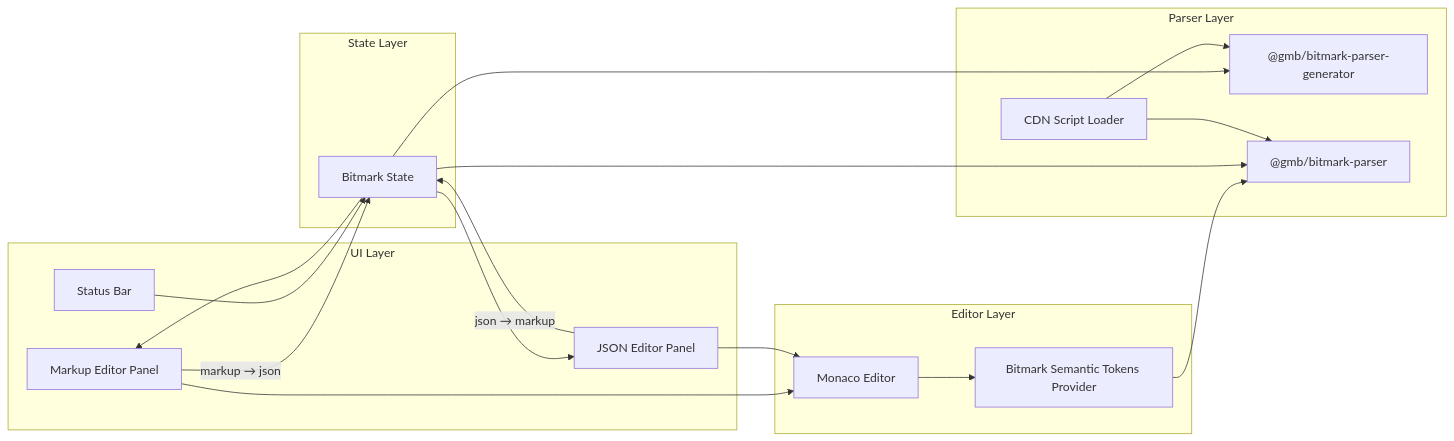
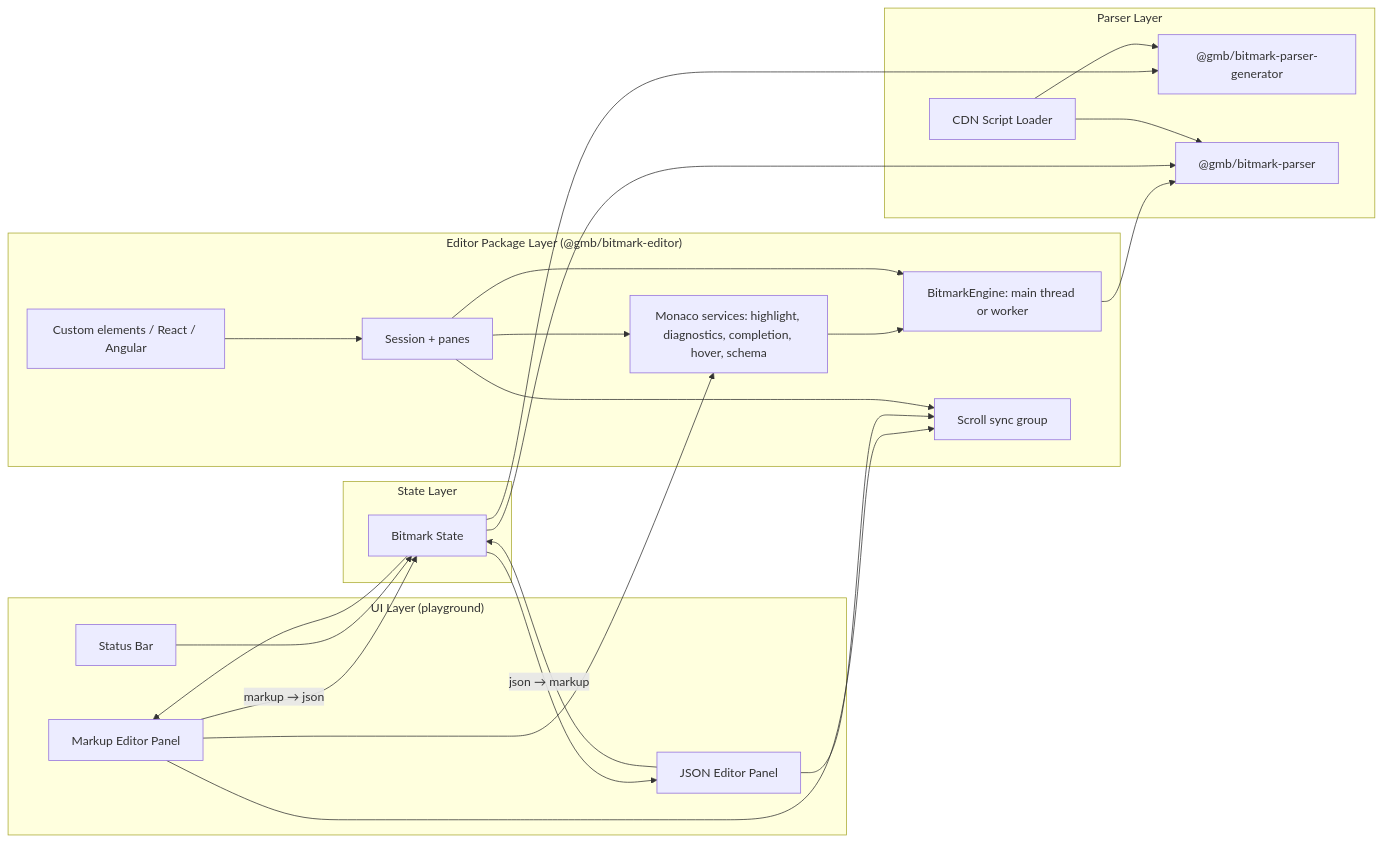
One commit to getMoreBrain/bitmark-playground changed the first of 3 diagrams in .awa/specs/ARCHITECTURE.md. Above: the diagram before and after it, drawn with Mermaid. The commit also changed other lines of this file and 13 other files, not shown here.

Commit message:
docs: package README, ARCHITECTURE update, TypeDoc, hand-off briefs and upstream note (PLAN-021)

````diff
--- a/.awa/specs/ARCHITECTURE.md
+++ b/.awa/specs/ARCHITECTURE.md
@@ -29,37 +33,45 @@
 ```mermaid
 flowchart LR
-    subgraph UI["UI Layer"]
+    subgraph UI["UI Layer (playground)"]
         MarkupEditor[Markup Editor Panel]
         JsonEditor[JSON Editor Panel]
         StatusBar[Status Bar]
     end
 
-    subgraph Editor["Editor Layer"]
-        Monaco[Monaco Editor]
-        SemTokens[Bitmark Semantic Tokens Provider]
+    subgraph Package["Editor Package Layer (@gmb/bitmark-editor)"]
+        Engine[BitmarkEngine: main thread or worker]
+        Services[Monaco services: highlight, diagnostics, completion, hover, schema]
+        Session[Session + panes]
+        Scroll[Scroll sync group]
+        Elements[Custom elements / React / Angular]
     end
 
     subgraph Parser["Parser Layer"]
         BPG["@gmb/bitmark-parser-generator"]
         BP["@gmb/bitmark-parser"]
         CDN[CDN Script Loader]
     end
 
     subgraph State["State Layer"]
         BitmarkState[Bitmark State]
     end
 
-    MarkupEditor --> Monaco
-    JsonEditor --> Monaco
-    Monaco --> SemTokens
-    SemTokens --> BP
+    MarkupEditor --> Services
+    MarkupEditor --> Scroll
+    JsonEditor --> Scroll
+    Services --> Engine
+    Engine --> BP
     MarkupEditor -- "markup → json" --> BitmarkState
     JsonEditor -- "json → markup" --> BitmarkState
     BitmarkState --> BPG
     BitmarkState --> BP
     CDN --> BPG
     CDN --> BP
     BitmarkState --> MarkupEditor
     BitmarkState --> JsonEditor
     StatusBar --> BitmarkState
+    Elements --> Session
+    Session --> Services
+    Session --> Engine
+    Session --> Scroll
 ```
````
